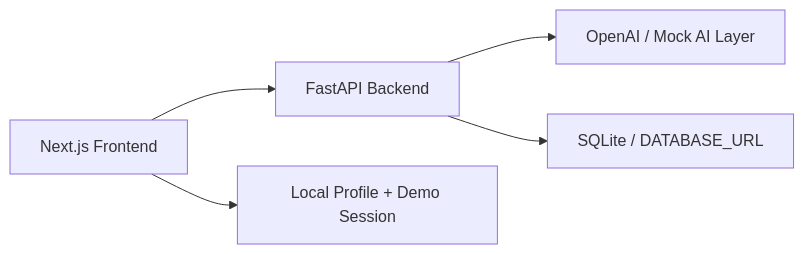
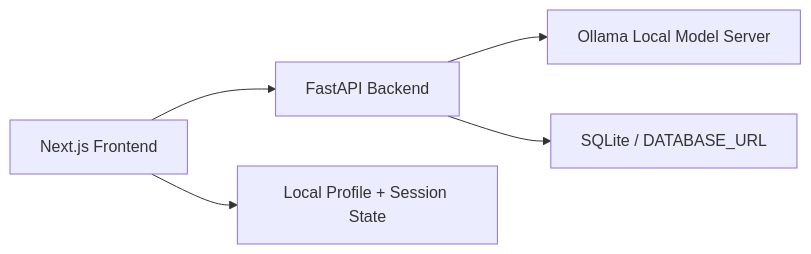
One commit to arianar123/career-copilot-ai changed the diagram in README.md. Above: the diagram before and after it, drawn with Mermaid. The commit also changed other lines of this file and 8 other files, not shown here.

Commit message:
Replace OpenAI backend with Ollama

````diff
--- a/README.md
+++ b/README.md
@@ -41,7 +47,7 @@
 ```mermaid
 flowchart LR
   A["Next.js Frontend"] --> B["FastAPI Backend"]
-  B --> C["OpenAI / Mock AI Layer"]
+  B --> C["Ollama Local Model Server"]
   B --> D["SQLite / DATABASE_URL"]
-  A --> E["Local Profile + Demo Session"]
+  A --> E["Local Profile + Session State"]
 ```
````
